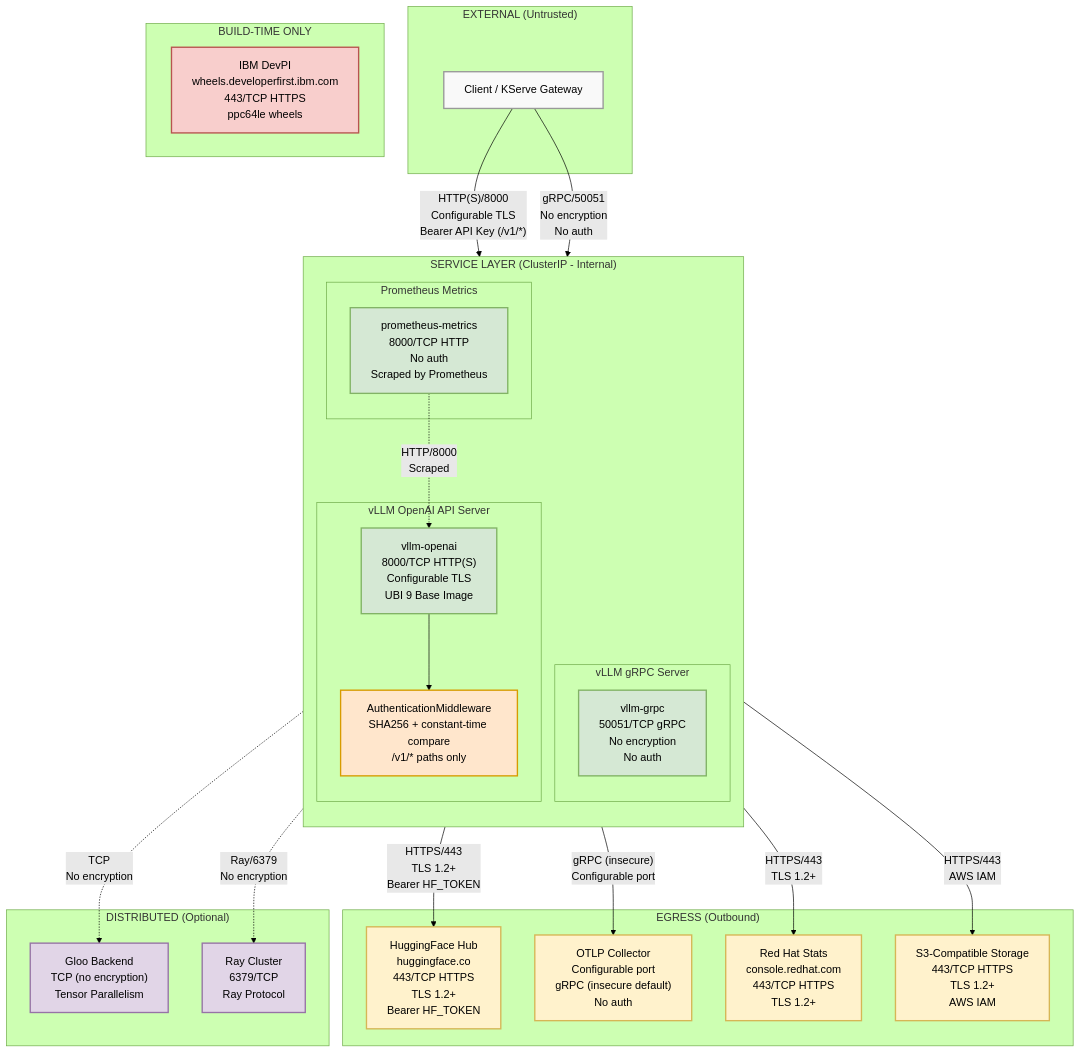
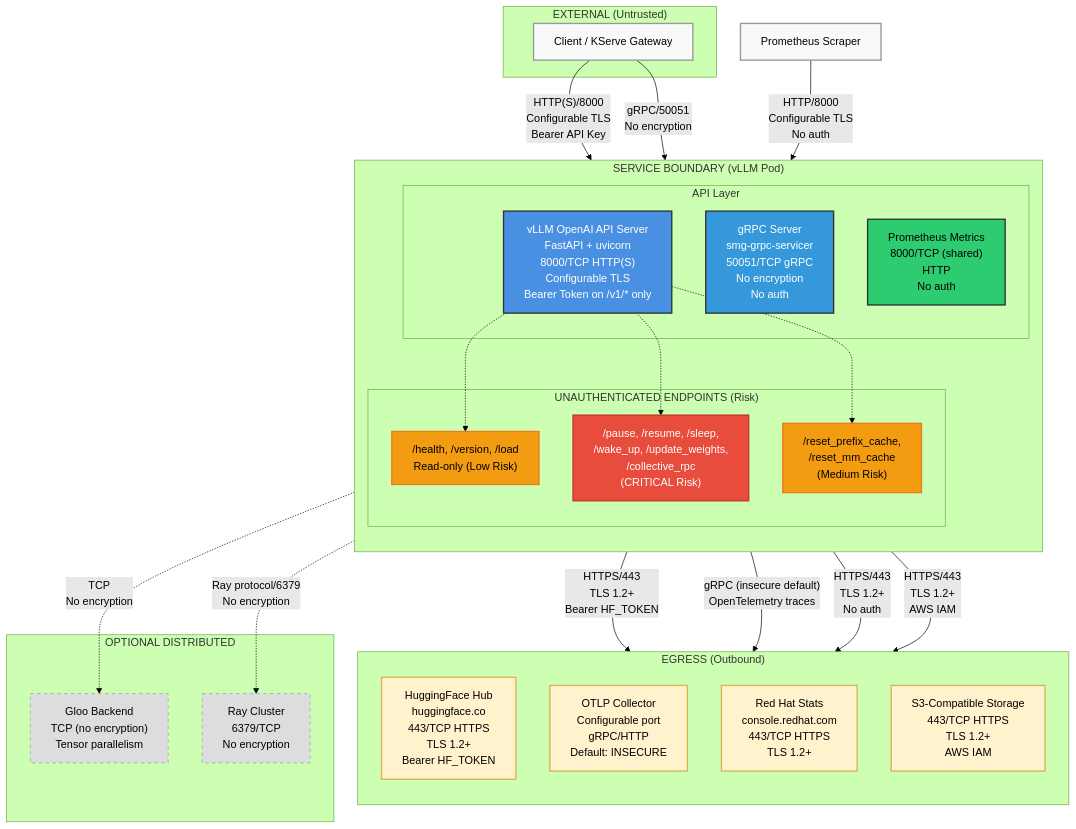
One commit to rhuss/architecture-context changed the diagram in architecture/rhoai.next/diagrams/vllm-cpu-security-network.mmd. Above: the diagram before and after it, drawn with Mermaid (forest theme). The commit also changed 935 other files, not shown here.

First line of the commit message:
regenerate architecture for rhoai.next

```diff
--- a/architecture/rhoai.next/diagrams/vllm-cpu-security-network.mmd
+++ b/architecture/rhoai.next/diagrams/vllm-cpu-security-network.mmd
@@ -1,70 +1,74 @@
 graph TB
     subgraph External["EXTERNAL (Untrusted)"]
         Client["Client / KServe Gateway"]
     end
 
-    subgraph ServiceLayer["SERVICE LAYER (ClusterIP - Internal)"]
+    subgraph ServiceBoundary["SERVICE BOUNDARY (vLLM Pod)"]
         direction TB
 
-        subgraph MainService["vLLM OpenAI API Server"]
-            API["vllm-openai<br/>8000/TCP HTTP(S)<br/>Configurable TLS<br/>UBI 9 Base Image"]
-            AuthMW["AuthenticationMiddleware<br/>SHA256 + constant-time compare<br/>/v1/* paths only"]
+        subgraph APILayer["API Layer"]
+            APIServer["vLLM OpenAI API Server<br/>FastAPI + uvicorn<br/>8000/TCP HTTP(S)<br/>Configurable TLS<br/>Bearer Token on /v1/* only"]
+            GRPCServer["gRPC Server<br/>smg-grpc-servicer<br/>50051/TCP gRPC<br/>No encryption<br/>No auth"]
+            MetricsEndpoint["Prometheus Metrics<br/>8000/TCP (shared)<br/>HTTP<br/>No auth"]
         end
 
-        subgraph GRPCService["vLLM gRPC Server"]
-            GRPC["vllm-grpc<br/>50051/TCP gRPC<br/>No encryption<br/>No auth"]
-        end
-
-        subgraph Metrics["Prometheus Metrics"]
-            MetricsEP["prometheus-metrics<br/>8000/TCP HTTP<br/>No auth<br/>Scraped by Prometheus"]
+        subgraph UnauthEndpoints["UNAUTHENTICATED ENDPOINTS (Risk)"]
+            HealthEndpoints["/health, /version, /load<br/>Read-only (Low Risk)"]
+            OpEndpoints["/pause, /resume, /sleep,<br/>/wake_up, /update_weights,<br/>/collective_rpc<br/>(CRITICAL Risk)"]
+            CacheEndpoints["/reset_prefix_cache,<br/>/reset_mm_cache<br/>(Medium Risk)"]
         end
     end
 
-    subgraph Egress["EGRESS (Outbound)"]
-        HF["HuggingFace Hub<br/>huggingface.co<br/>443/TCP HTTPS<br/>TLS 1.2+<br/>Bearer HF_TOKEN"]
-        OTLP["OTLP Collector<br/>Configurable port<br/>gRPC (insecure default)<br/>No auth"]
+    subgraph EgressServices["EGRESS (Outbound)"]
+        direction TB
+        HFHub["HuggingFace Hub<br/>huggingface.co<br/>443/TCP HTTPS<br/>TLS 1.2+<br/>Bearer HF_TOKEN"]
+        OTLPCollector["OTLP Collector<br/>Configurable port<br/>gRPC/HTTP<br/>Default: INSECURE"]
         RHStats["Red Hat Stats<br/>console.redhat.com<br/>443/TCP HTTPS<br/>TLS 1.2+"]
-        S3["S3-Compatible Storage<br/>443/TCP HTTPS<br/>TLS 1.2+<br/>AWS IAM"]
+        S3Storage["S3-Compatible Storage<br/>443/TCP HTTPS<br/>TLS 1.2+<br/>AWS IAM"]
     end
 
-    subgraph Distributed["DISTRIBUTED (Optional)"]
-        Gloo["Gloo Backend<br/>TCP (no encryption)<br/>Tensor Parallelism"]
-        Ray["Ray Cluster<br/>6379/TCP<br/>Ray Protocol"]
-    end
-
-    subgraph BuildTime["BUILD-TIME ONLY"]
-        DevPI["IBM DevPI<br/>wheels.developerfirst.ibm.com<br/>443/TCP HTTPS<br/>ppc64le wheels"]
+    subgraph DistributedOpt["OPTIONAL DISTRIBUTED"]
+        Gloo["Gloo Backend<br/>TCP (no encryption)<br/>Tensor parallelism"]
+        RayCluster["Ray Cluster<br/>6379/TCP<br/>No encryption"]
     end
 
     %% Inbound flows
-    Client -->|"HTTP(S)/8000<br/>Configurable TLS<br/>Bearer API Key (/v1/*)"| API
-    API --> AuthMW
-    Client -->|"gRPC/50051<br/>No encryption<br/>No auth"| GRPC
+    Client -->|"HTTP(S)/8000<br/>Configurable TLS<br/>Bearer API Key"| APIServer
+    Client -->|"gRPC/50051<br/>No encryption"| GRPCServer
+
+    %% Internal
+    APIServer -.-> HealthEndpoints
+    APIServer -.-> OpEndpoints
+    APIServer -.-> CacheEndpoints
 
     %% Egress flows
-    API -->|"HTTPS/443<br/>TLS 1.2+<br/>Bearer HF_TOKEN"| HF
-    API -->|"gRPC (insecure)<br/>Configurable port"| OTLP
-    API -->|"HTTPS/443<br/>TLS 1.2+"| RHStats
-    API -->|"HTTPS/443<br/>AWS IAM"| S3
+    APIServer -->|"HTTPS/443<br/>TLS 1.2+<br/>Bearer HF_TOKEN"| HFHub
+    APIServer -->|"gRPC (insecure default)<br/>OpenTelemetry traces"| OTLPCollector
+    APIServer -->|"HTTPS/443<br/>TLS 1.2+<br/>No auth"| RHStats
+    APIServer -->|"HTTPS/443<br/>TLS 1.2+<br/>AWS IAM"| S3Storage
 
-    %% Distributed flows
-    API -.->|"TCP<br/>No encryption"| Gloo
-    API -.->|"Ray/6379<br/>No encryption"| Ray
+    %% Observability
+    Prometheus["Prometheus Scraper"] -->|"HTTP/8000<br/>Configurable TLS<br/>No auth"| MetricsEndpoint
 
-    %% Prometheus scrape
-    MetricsEP -.->|"HTTP/8000<br/>Scraped"| API
+    %% Distributed
+    APIServer -.->|"TCP<br/>No encryption"| Gloo
+    APIServer -.->|"Ray protocol/6379<br/>No encryption"| RayCluster
 
     %% Styling
     classDef external fill:#f9f9f9,stroke:#999,stroke-width:2px
-    classDef service fill:#d5e8d4,stroke:#82b366,stroke-width:2px
-    classDef auth fill:#ffe6cc,stroke:#d79b00,stroke-width:2px
+    classDef service fill:#4a90e2,stroke:#333,stroke-width:2px,color:#fff
+    classDef grpc fill:#3498db,stroke:#333,stroke-width:2px,color:#fff
+    classDef metrics fill:#2ecc71,stroke:#333,stroke-width:2px
+    classDef risk fill:#e74c3c,stroke:#c0392b,stroke-width:2px,color:#fff
+    classDef lowrisk fill:#f39c12,stroke:#e67e22,stroke-width:2px
     classDef egress fill:#fff2cc,stroke:#d6b656,stroke-width:2px
-    classDef distributed fill:#e1d5e7,stroke:#9673a6,stroke-width:2px
-    classDef buildtime fill:#f8cecc,stroke:#b85450,stroke-width:2px
+    classDef distributed fill:#ddd,stroke:#999,stroke-width:1px,stroke-dasharray: 5 5
 
-    class Client external
-    class API,GRPC,MetricsEP service
-    class AuthMW auth
-    class HF,OTLP,RHStats,S3 egress
-    class Gloo,Ray distributed
-    class DevPI buildtime
+    class Client,Prometheus external
+    class APIServer service
+    class GRPCServer grpc
+    class MetricsEndpoint metrics
+    class OpEndpoints risk
+    class HealthEndpoints,CacheEndpoints lowrisk
+    class HFHub,OTLPCollector,RHStats,S3Storage egress
+    class Gloo,RayCluster distributed
```
